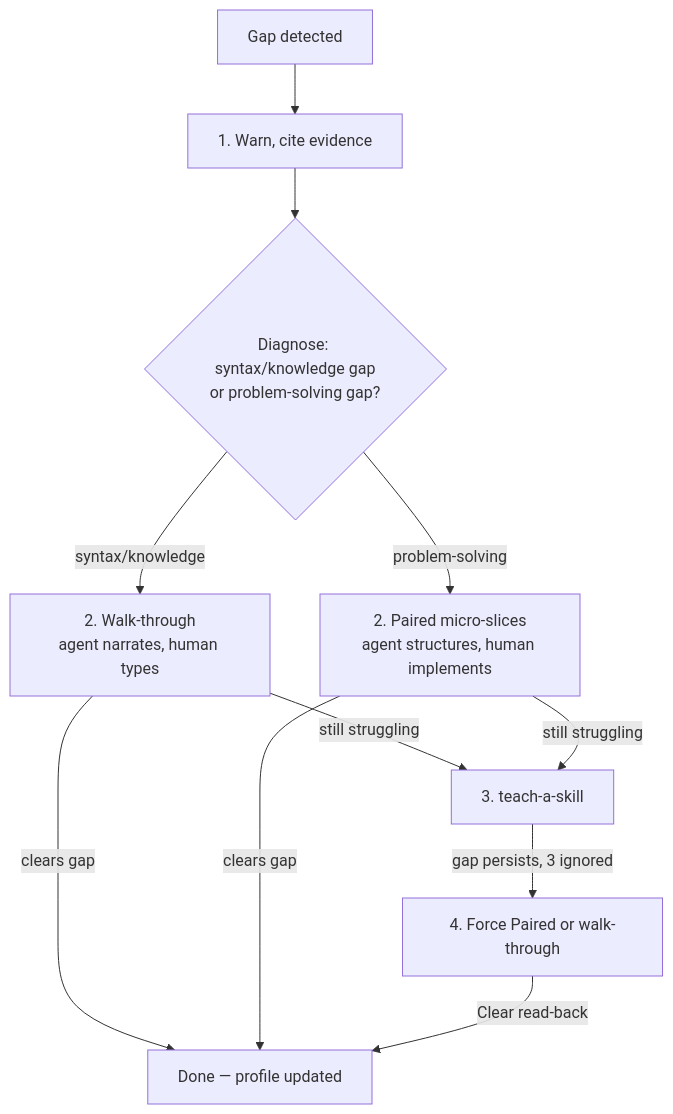
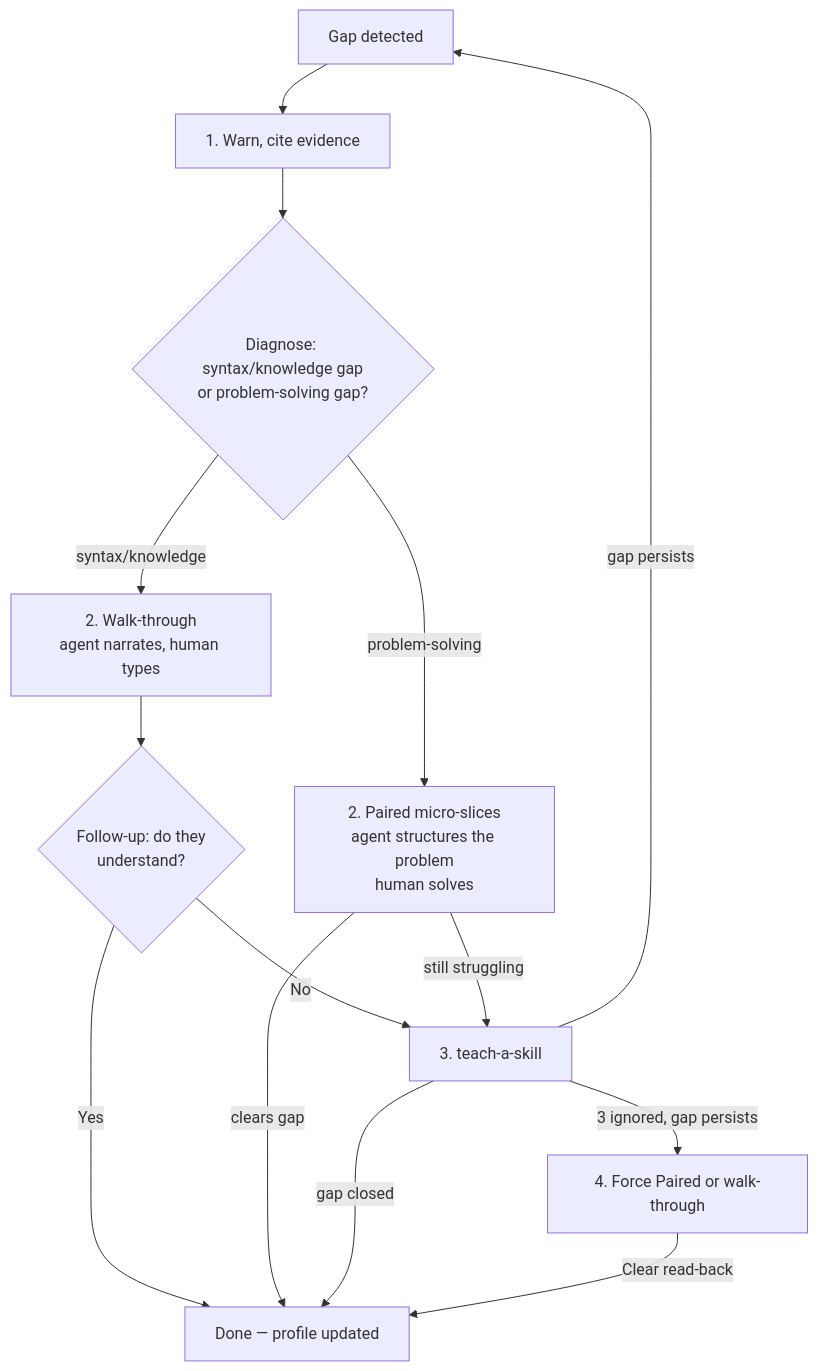
The second of 4 diagrams in skills/vibe-code-antidote/SKILL.md (MegaByteMark/skills-to-pay-the-ai-bills), drawn with Mermaid before and after one commit. The commit also changed other lines of this file, not shown here.

Commit message:
chore: add mermaid diagrams for operating loop, handoff, and read-back flows

````diff
--- a/skills/vibe-code-antidote/SKILL.md
+++ b/skills/vibe-code-antidote/SKILL.md
@@ -47,13 +59,16 @@
 ```mermaid
 flowchart TD
     GAP[Gap detected] --> WARN[1. Warn, cite evidence]
     WARN --> DIAG{Diagnose: syntax/knowledge gap<br>or problem-solving gap?}
     DIAG -->|syntax/knowledge| WT[2. Walk-through<br>agent narrates, human types]
-    DIAG -->|problem-solving| PAIR[2. Paired micro-slices<br>agent structures, human implements]
-    WT -->|clears gap| RESOLVE[Done — profile updated]
+    DIAG -->|problem-solving| PAIR[2. Paired micro-slices<br>agent structures the problem<br>human solves]
+    WT --> CHECK{Follow-up: do they<br>understand?}
+    CHECK -->|Yes| RESOLVE[Done — profile updated]
+    CHECK -->|No| TEACH[3. teach-a-skill]
     PAIR -->|clears gap| RESOLVE
-    WT -->|still struggling| TEACH[3. teach-a-skill]
     PAIR -->|still struggling| TEACH
-    TEACH -->|gap persists, 3 ignored| FORCE[4. Force Paired or walk-through]
+    TEACH -->|gap closed| RESOLVE
+    TEACH -->|gap persists| GAP
+    TEACH -->|3 ignored, gap persists| FORCE[4. Force Paired or walk-through]
     FORCE -->|Clear read-back| RESOLVE
 ```
````
